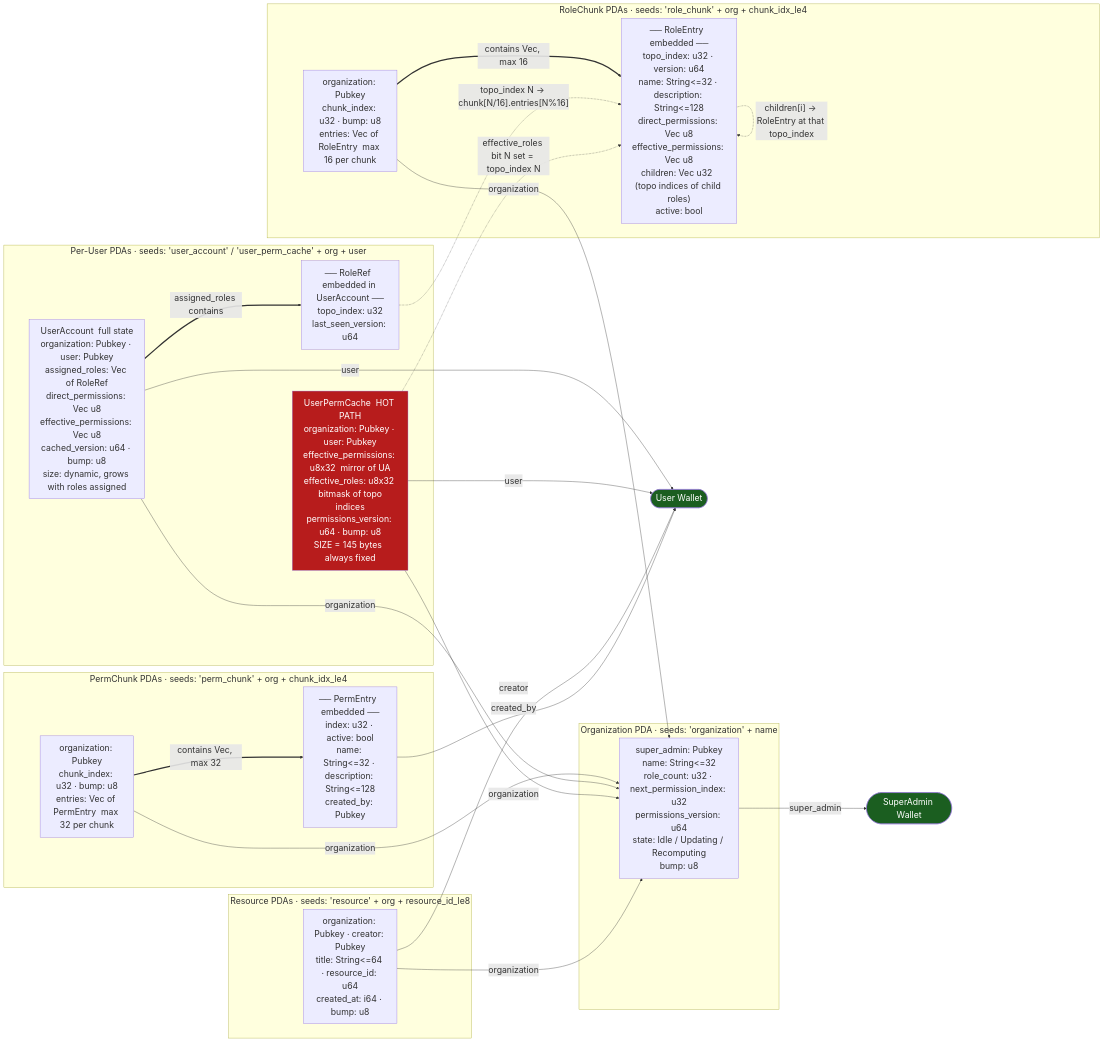
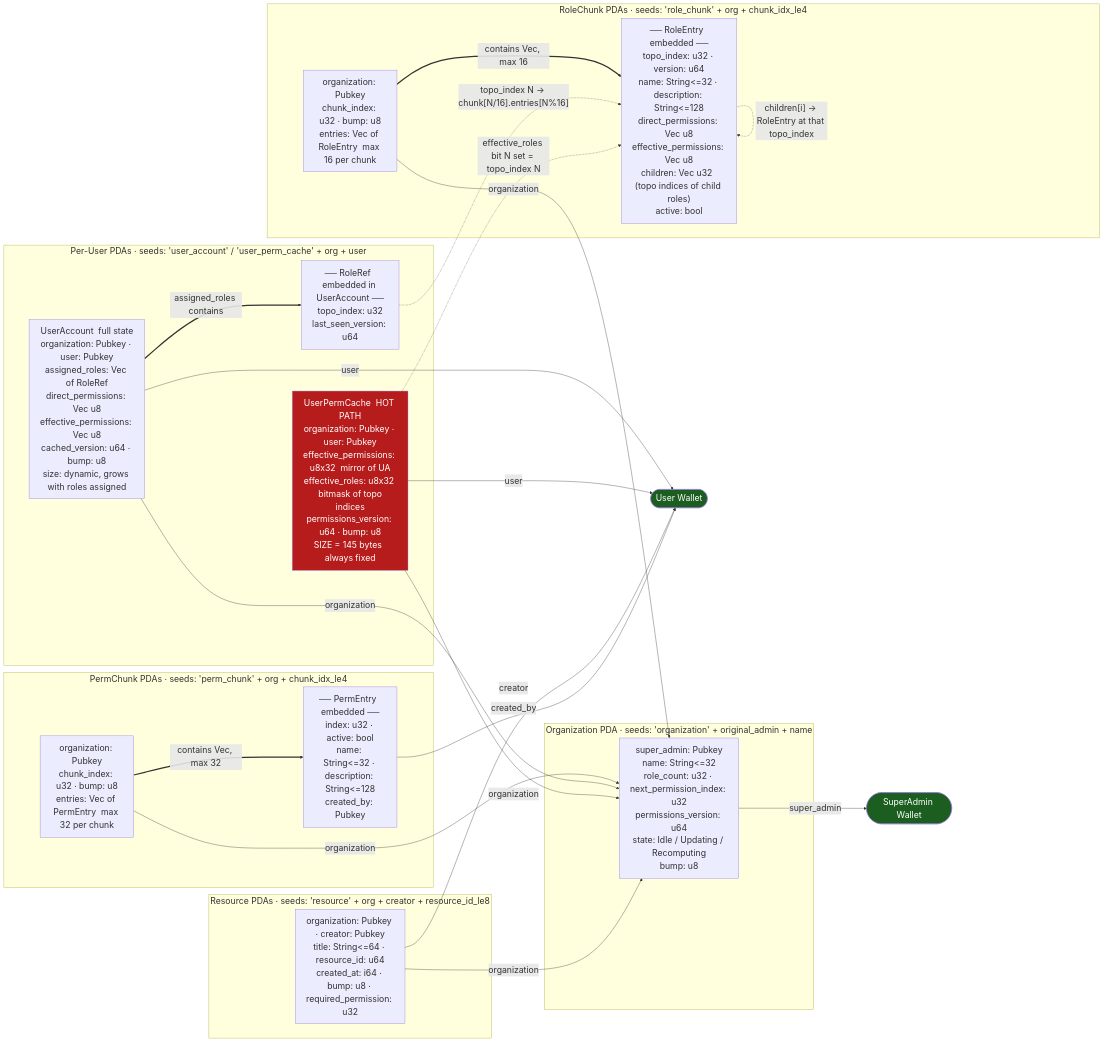
Before and after one commit to Vadimus1983/Solana-rbac: the third of 25 diagrams in docs/architecture.md, drawn with Mermaid. The commit also changed other lines of this file and 9 other files, not shown here.

````diff
--- a/docs/architecture.md
+++ b/docs/architecture.md
@@ -209,56 +215,56 @@
 ```mermaid
 %%{init: {'themeVariables': {'fontSize': '24px'}, 'flowchart': {'nodeSpacing': 60, 'rankSpacing': 140}}}%%
 graph LR
     SA([SuperAdmin Wallet])
     UW([User Wallet])
 
-    subgraph OrgNode["Organization PDA · seeds: 'organization' + name"]
+    subgraph OrgNode["Organization PDA · seeds: 'organization' + original_admin + name"]
         Org["super_admin: Pubkey<br/>name: String&lt;=32<br/>role_count: u32 · next_permission_index: u32<br/>permissions_version: u64<br/>state: Idle / Updating / Recomputing<br/>bump: u8"]
     end
 
     subgraph RoleChunks["RoleChunk PDAs · seeds: 'role_chunk' + org + chunk_idx_le4"]
         RC["organization: Pubkey<br/>chunk_index: u32 · bump: u8<br/>entries: Vec of RoleEntry  max 16 per chunk"]
         RE["── RoleEntry  embedded ──<br/>topo_index: u32 · version: u64<br/>name: String&lt;=32 · description: String&lt;=128<br/>direct_permissions: Vec u8<br/>effective_permissions: Vec u8<br/>children: Vec u32  (topo indices of child roles)<br/>active: bool"]
     end
 
     subgraph PermChunks["PermChunk PDAs · seeds: 'perm_chunk' + org + chunk_idx_le4"]
         PC["organization: Pubkey<br/>chunk_index: u32 · bump: u8<br/>entries: Vec of PermEntry  max 32 per chunk"]
         PE["── PermEntry  embedded ──<br/>index: u32 · active: bool<br/>name: String&lt;=32 · description: String&lt;=128<br/>created_by: Pubkey"]
     end
 
     subgraph UserPair["Per-User PDAs · seeds: 'user_account' / 'user_perm_cache' + org + user"]
         UA["UserAccount  full state<br/>organization: Pubkey · user: Pubkey<br/>assigned_roles: Vec of RoleRef<br/>direct_permissions: Vec u8<br/>effective_permissions: Vec u8<br/>cached_version: u64 · bump: u8<br/>size: dynamic, grows with roles assigned"]
         UPC["UserPermCache  HOT PATH<br/>organization: Pubkey · user: Pubkey<br/>effective_permissions: u8x32  mirror of UA<br/>effective_roles: u8x32  bitmask of topo indices<br/>permissions_version: u64 · bump: u8<br/>SIZE = 145 bytes  always fixed"]
         RR["── RoleRef  embedded in UserAccount ──<br/>topo_index: u32<br/>last_seen_version: u64"]
     end
 
-    subgraph Resources["Resource PDAs · seeds: 'resource' + org + resource_id_le8"]
-        Res["organization: Pubkey · creator: Pubkey<br/>title: String&lt;=64 · resource_id: u64<br/>created_at: i64 · bump: u8"]
+    subgraph Resources["Resource PDAs · seeds: 'resource' + org + creator + resource_id_le8"]
+        Res["organization: Pubkey · creator: Pubkey<br/>title: String&lt;=64 · resource_id: u64<br/>created_at: i64 · bump: u8 · required_permission: u32"]
     end
 
     %% Pubkey FK references (stored as Pubkey inside the account data)
     Org -->|"super_admin"| SA
     RC -->|"organization"| Org
     PC -->|"organization"| Org
     UA -->|"organization"| Org
     UA -->|"user"| UW
     UPC -->|"organization"| Org
     UPC -->|"user"| UW
     Res -->|"organization"| Org
     Res -->|"creator"| UW
     PE -->|"created_by"| UW
 
     %% Physical containment (data lives inside the account's data buffer)
     RC ==>|"contains Vec, max 16"| RE
     PC ==>|"contains Vec, max 32"| PE
     UA ==>|"assigned_roles contains"| RR
 
     %% Logical topo_index references (NOT Pubkeys - resolved via arithmetic)
     RR -.->|"topo_index N -> chunk[N/16].entries[N%16]"| RE
     RE -.->|"children[i] -> RoleEntry at that topo_index"| RE
     UPC -.->|"effective_roles bit N set = topo_index N"| RE
 
     style UPC fill:#B71C1C,color:#fff
     style SA fill:#1B5E20,color:#fff
     style UW fill:#1B5E20,color:#fff
 ```
````
